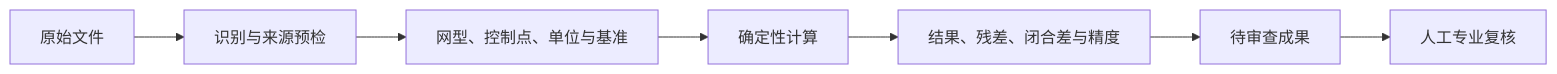
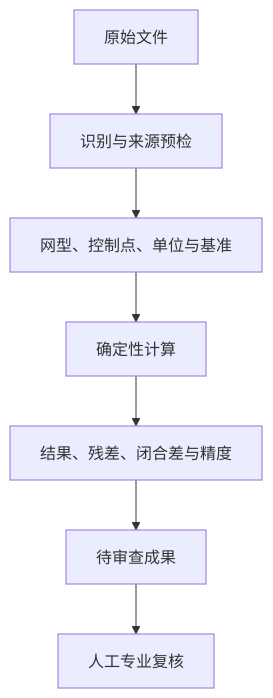
One commit to railwise-cn/railwise-ai changed the first of 2 diagrams in docs/USER_GUIDE.zh-CN.md. Above: the diagram before and after it, drawn with Mermaid. The commit also changed 2 other files, not shown here.

Commit message:
Make help diagrams readable and keep completed task permissions read-only

````diff
--- a/docs/USER_GUIDE.zh-CN.md
+++ b/docs/USER_GUIDE.zh-CN.md
@@ -189,9 +189,9 @@
 ```mermaid
-flowchart LR
+flowchart TB
     A[原始文件] --> B[识别与来源预检]
     B --> C[网型、控制点、单位与基准]
     C --> D[确定性计算]
     D --> E[结果、残差、闭合差与精度]
     E --> F[待审查成果]
     F --> G[人工专业复核]
 ```
````
